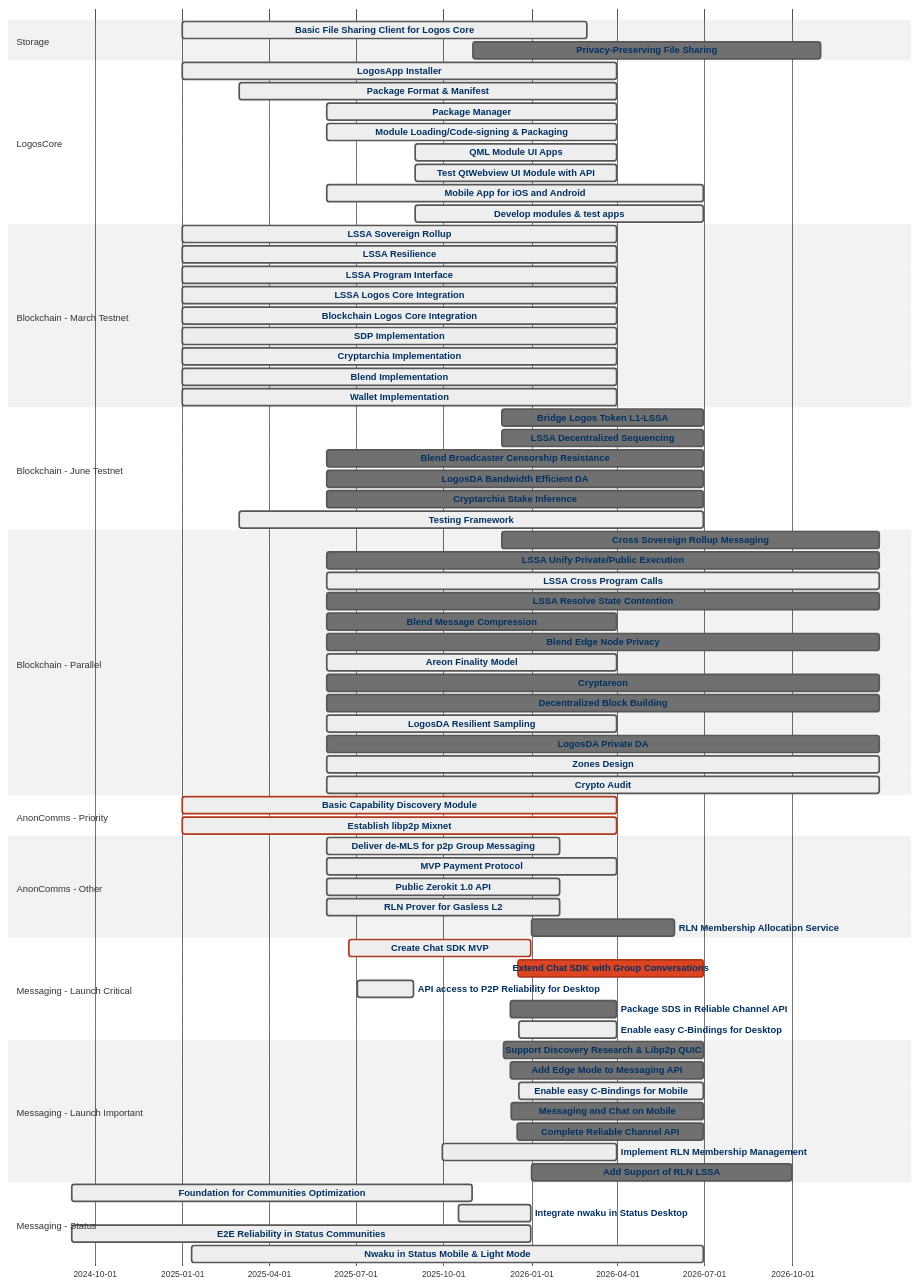
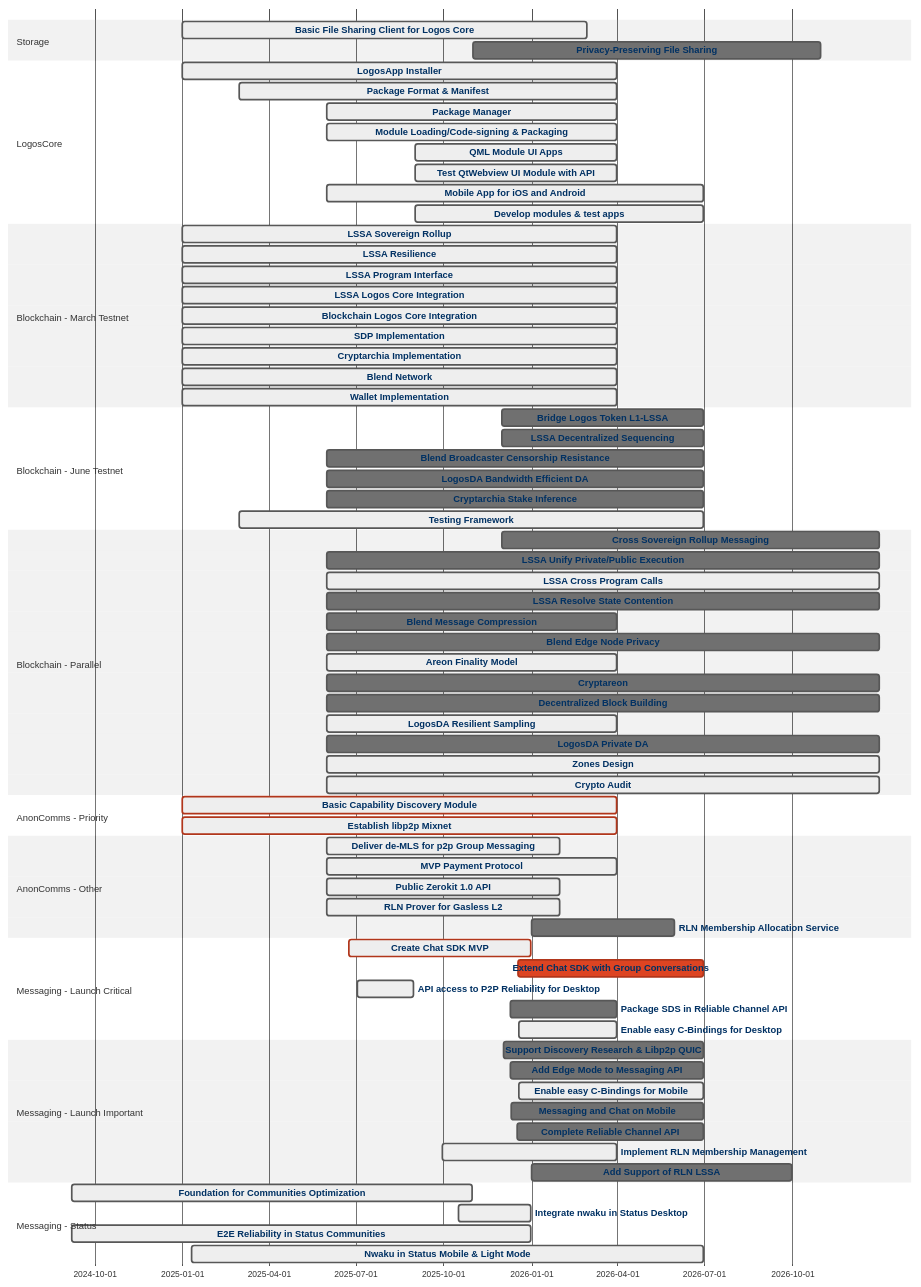
One commit to logos-co/roadmap changed the diagram in content/combined_roadmap.md. Above: the diagram before and after it, drawn with Mermaid (neutral theme). The commit also changed 7 other files, not shown here.

```diff
--- a/content/combined_roadmap.md
+++ b/content/combined_roadmap.md
@@ -49,7 +49,7 @@
     click bc6 href "/blockchain/roadmap/blockchain_sdp"
     Cryptarchia Implementation                     :active, bc7, 2025-01-01, 2026-03-31
     click bc7 href "/blockchain/roadmap/blockchain_cryptarchia"
-    Blend Implementation                           :active, bc8, 2025-01-01, 2026-03-31
+    Blend Network                                  :active, bc8, 2025-01-01, 2026-03-31
     click bc8 href "/blockchain/roadmap/blockchain_blend"
     Wallet Implementation                          :active, bc9, 2025-01-01, 2026-03-31
     click bc9 href "/blockchain/roadmap/blockchain_wallet"
```
